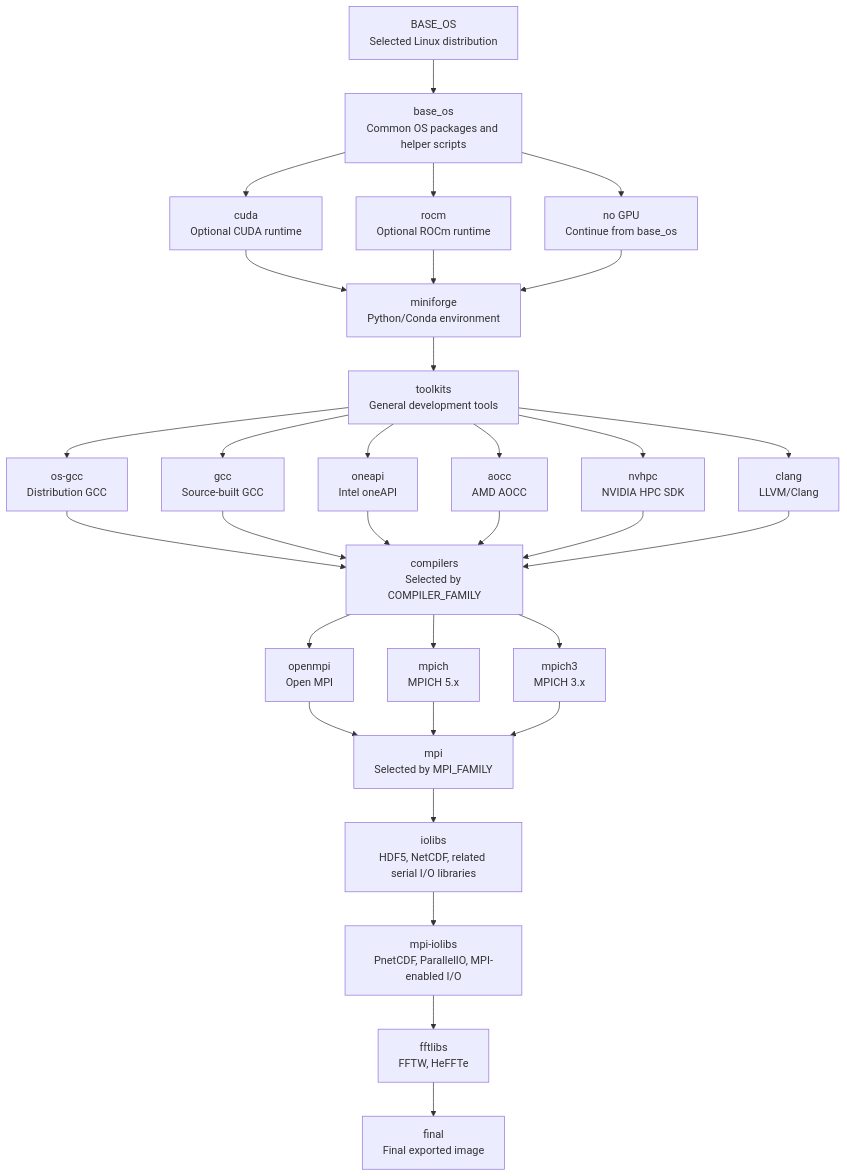
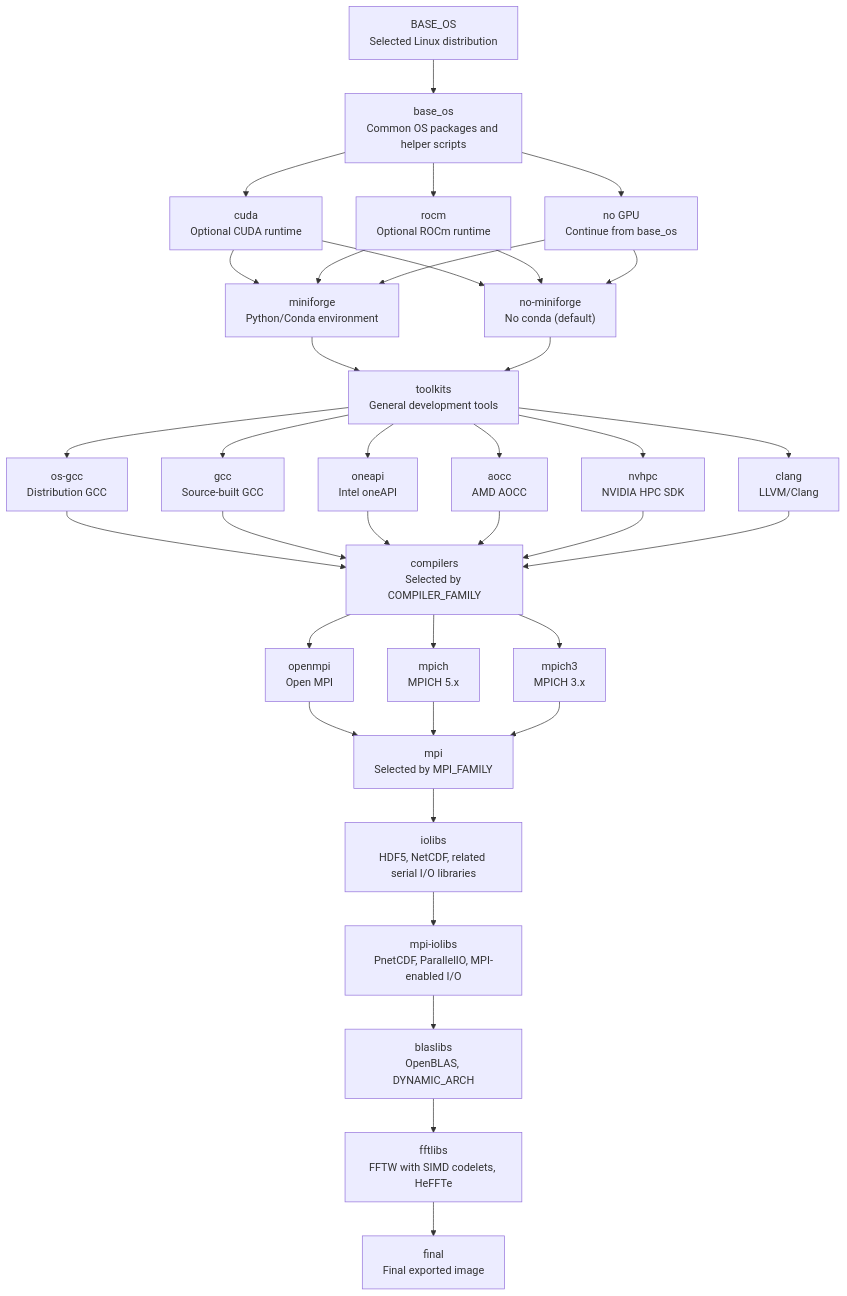
Before and after one commit to NCAR/hpc-dev-container-factory: the diagram in README.md, drawn with Mermaid. The commit also changed other lines of this file, not shown here.

````diff
--- a/README.md
+++ b/README.md
@@ -158,42 +165,47 @@
 ```mermaid
 flowchart TD
     A["BASE_OS<br/>Selected Linux distribution"] --> B["base_os<br/>Common OS packages and helper scripts"]
 
     B --> C1["cuda<br/>Optional CUDA runtime"]
     B --> C2["rocm<br/>Optional ROCm runtime"]
     B --> C3["no GPU<br/>Continue from base_os"]
 
     C1 --> D["miniforge<br/>Python/Conda environment"]
     C2 --> D
     C3 --> D
+    C1 --> D2["no-miniforge<br/>No conda (default)"]
+    C2 --> D2
+    C3 --> D2
 
     D --> E["toolkits<br/>General development tools"]
+    D2 --> E
 
     E --> F1["os-gcc<br/>Distribution GCC"]
     E --> F2["gcc<br/>Source-built GCC"]
     E --> F3["oneapi<br/>Intel oneAPI"]
     E --> F4["aocc<br/>AMD AOCC"]
     E --> F5["nvhpc<br/>NVIDIA HPC SDK"]
     E --> F6["clang<br/>LLVM/Clang"]
 
     F1 --> G["compilers<br/>Selected by COMPILER_FAMILY"]
     F2 --> G
     F3 --> G
     F4 --> G
     F5 --> G
     F6 --> G
 
     G --> H1["openmpi<br/>Open MPI"]
     G --> H2["mpich<br/>MPICH 5.x"]
     G --> H3["mpich3<br/>MPICH 3.x"]
 
     H1 --> I["mpi<br/>Selected by MPI_FAMILY"]
     H2 --> I
     H3 --> I
 
     I --> J["iolibs<br/>HDF5, NetCDF, related serial I/O libraries"]
     J --> K["mpi-iolibs<br/>PnetCDF, ParallelIO, MPI-enabled I/O"]
-    K --> L["fftlibs<br/>FFTW, HeFFTe"]
+    K --> K2["blaslibs<br/>OpenBLAS, DYNAMIC_ARCH"]
+    K2 --> L["fftlibs<br/>FFTW with SIMD codelets, HeFFTe"]
 
     L --> M["final<br/>Final exported image"]
 ```
````
